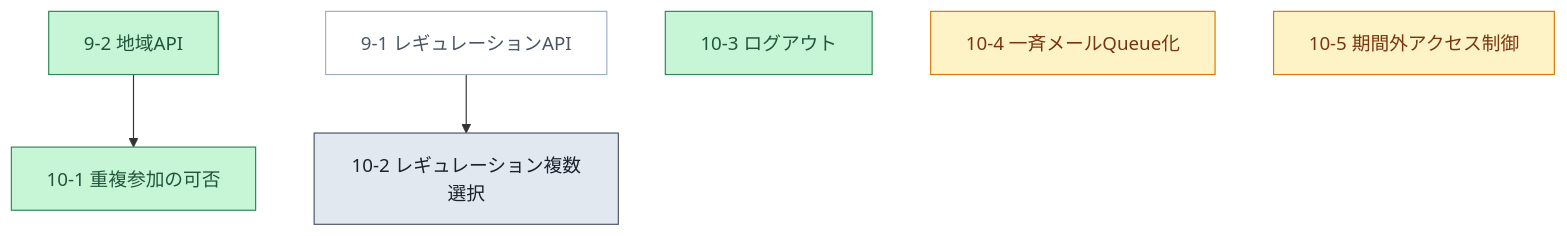
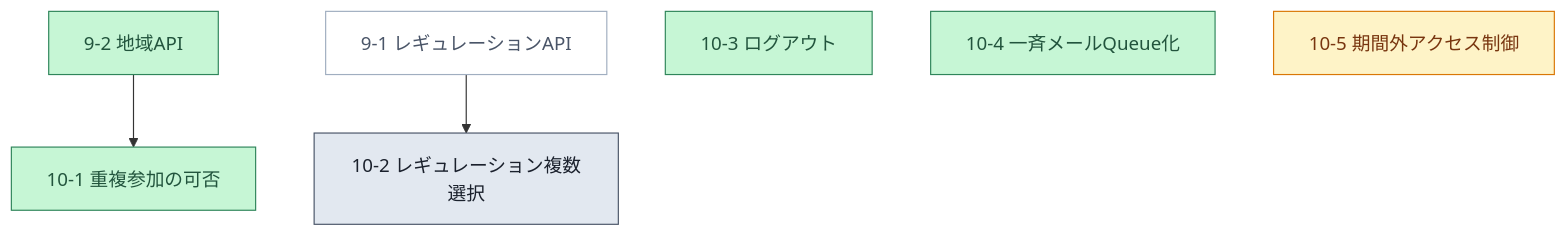
One commit to m-uesaka/regional-quiz-entry-form changed the tenth of 12 diagrams in tasks.md. Above: the diagram before and after it, drawn with Mermaid. The commit also changed other lines of this file and 4 other files, not shown here.

````diff
--- a/tasks.md
+++ b/tasks.md
@@ -227,13 +227,13 @@
 ```mermaid
 graph TD
   T92["9-2 地域API"]:::done --> T101["10-1 重複参加の可否"]:::done
   T91["9-1 レギュレーションAPI"]:::prereq --> T102["10-2 レギュレーション複数選択"]:::todo
   T103["10-3 ログアウト"]:::done
-  T104["10-4 一斉メールQueue化"]:::next
+  T104["10-4 一斉メールQueue化"]:::done
   T105["10-5 期間外アクセス制御"]:::next
 
   classDef done fill:#c6f6d5,stroke:#2f855a,color:#22543d;
   classDef todo fill:#e2e8f0,stroke:#4a5568,color:#1a202c;
   classDef next fill:#fef3c7,stroke:#d97706,color:#78350f;
   classDef prereq fill:#ffffff,stroke:#a0aec0,color:#4a5568;
 ```
````
